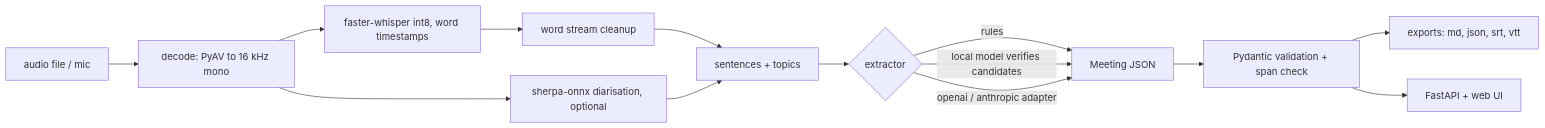
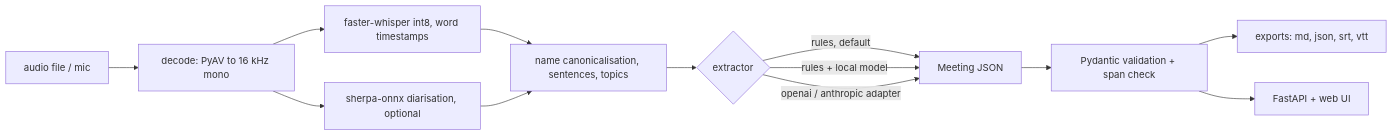
Before and after one commit to Aditya2616/VoiceScribe: the diagram in docs/notes/SPEC.md, drawn with Mermaid. The commit also changed other lines of this file and 12 other files, not shown here.

````diff
--- a/docs/notes/SPEC.md
+++ b/docs/notes/SPEC.md
@@ -8,16 +9,15 @@
 ```mermaid
 flowchart LR
   A[audio file / mic] --> B[decode: PyAV to 16 kHz mono]
   B --> C[faster-whisper int8, word timestamps]
   B --> D[sherpa-onnx diarisation, optional]
-  C --> E[word stream cleanup]
-  E --> F[sentences + topics]
-  D --> F
-  F --> G{extractor}
-  G -->|rules| H[Meeting JSON]
-  G -->|local model verifies candidates| H
-  G -->|openai / anthropic adapter| H
+  C --> E[name canonicalisation, sentences, topics]
+  D --> E
+  E --> F{extractor}
+  F -->|rules, default| H[Meeting JSON]
+  F -->|rules + local model| H
+  F -->|openai / anthropic adapter| H
   H --> I[Pydantic validation + span check]
   I --> J[exports: md, json, srt, vtt]
   I --> K[FastAPI + web UI]
 ```
````
